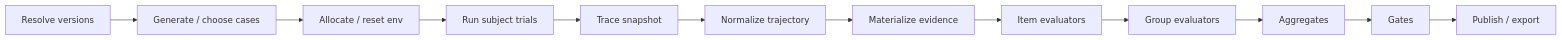
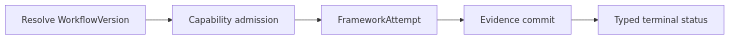
One commit to softprobe/document-website changed the third of 8 diagrams in en/evaluation/how-it-works.md. Above: the diagram before and after it, drawn with Mermaid. The commit also changed other lines of this file and 57 other files, not shown here.

````diff
--- a/en/evaluation/how-it-works.md
+++ b/en/evaluation/how-it-works.md
@@ -82,16 +77,9 @@
 ```mermaid
 flowchart LR
-  R[Resolve versions]
-  G[Generate / choose cases]
-  E[Allocate / reset env]
-  S[Run subject trials]
-  T[Trace snapshot]
-  N[Normalize trajectory]
-  V[Materialize evidence]
-  I[Item evaluators]
-  P[Group evaluators]
-  A[Aggregates]
-  GT[Gates]
-  Pub[Publish / export]
-  R --> G --> E --> S --> T --> N --> V --> I --> P --> A --> GT --> Pub
+  R[Resolve WorkflowVersion]
+  C[Capability admission]
+  F[FrameworkAttempt]
+  E[Evidence commit]
+  T[Typed terminal status]
+  R --> C --> F --> E --> T
 ```
````
